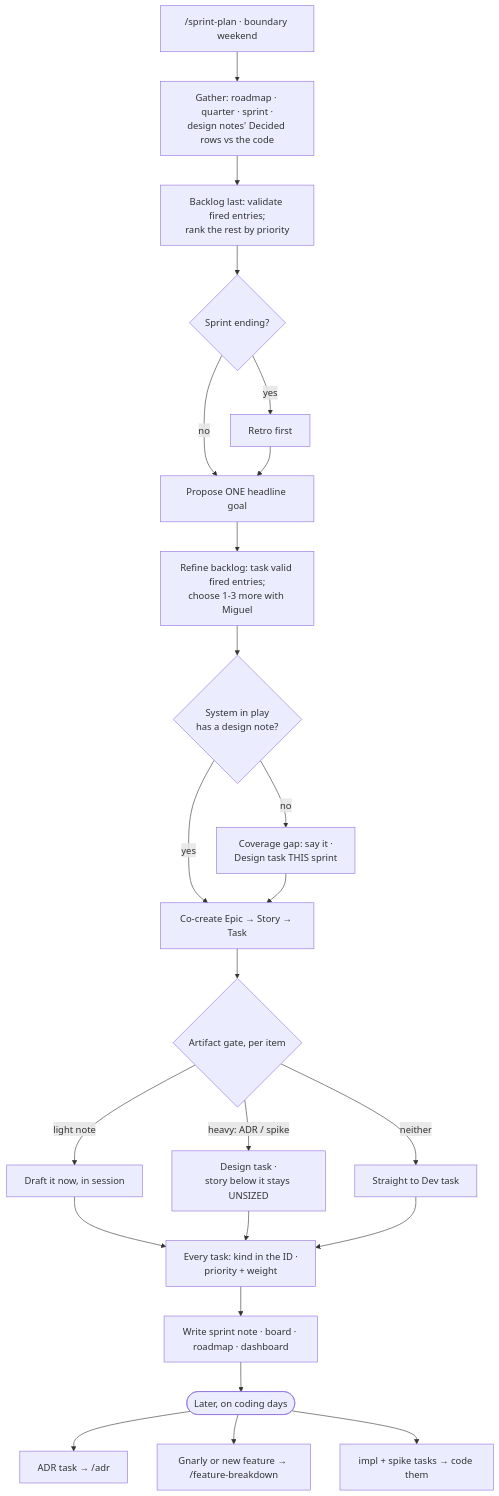
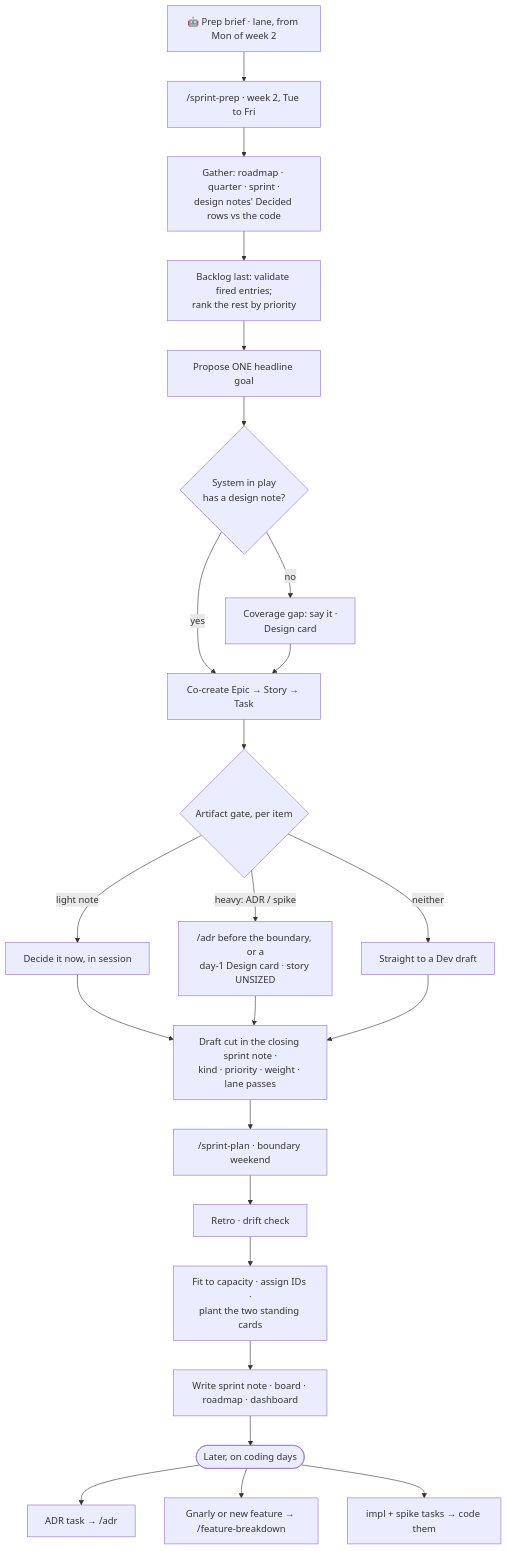
Before and after one commit to techattackteam/TechEngine-vault: the diagram in 06 Sprints/Planning Workflow - Artifact Gate.md, drawn with Mermaid. The commit also changed other lines of this file and 11 other files, not shown here.

````diff
--- a/06 Sprints/Planning Workflow - Artifact Gate.md
+++ b/06 Sprints/Planning Workflow - Artifact Gate.md
@@ -352,26 +404,26 @@
 ```mermaid
 flowchart TD
-    A["/sprint-plan · boundary weekend"] --> B["Gather: roadmap · quarter · sprint ·<br/>design notes' Decided rows vs the code"]
+    BR["🤖 Prep brief · lane, from Mon of week 2"] --> A
+    A["/sprint-prep · week 2, Tue to Fri"] --> B["Gather: roadmap · quarter · sprint ·<br/>design notes' Decided rows vs the code"]
     B --> B2["Backlog last: validate fired entries;<br/>rank the rest by priority"]
-    B2 --> C{"Sprint ending?"}
-    C -->|yes| D["Retro first"]
-    C -->|no| E["Propose ONE headline goal"]
-    D --> E
-    E --> E1["Refine backlog: task valid fired entries;<br/>choose 1-3 more with Miguel"]
-    E1 --> E2{"System in play<br/>has a design note?"}
-    E2 -->|no| E3["Coverage gap: say it ·<br/>Design task THIS sprint"]
+    B2 --> E["Propose ONE headline goal"]
+    E --> E2{"System in play<br/>has a design note?"}
+    E2 -->|no| E3["Coverage gap: say it ·<br/>Design card"]
     E2 -->|yes| F["Co-create Epic → Story → Task"]
     E3 --> F
     F --> G{"Artifact gate, per item"}
-    G -->|light note| H["Draft it now, in session"]
-    G -->|"heavy: ADR / spike"| I["Design task ·<br/>story below it stays UNSIZED"]
-    G -->|neither| J["Straight to Dev task"]
-    H --> K["Every task: kind in the ID ·<br/>priority + weight"]
+    G -->|light note| H["Decide it now, in session"]
+    G -->|"heavy: ADR / spike"| I["/adr before the boundary, or a<br/>day-1 Design card · story UNSIZED"]
+    G -->|neither| J["Straight to a Dev draft"]
+    H --> K["Draft cut in the closing sprint note ·<br/>kind · priority · weight · lane passes"]
     I --> K
     J --> K
-    K --> L["Write sprint note · board · roadmap · dashboard"]
+    K --> SP["/sprint-plan · boundary weekend"]
+    SP --> D["Retro · drift check"]
+    D --> FIT["Fit to capacity · assign IDs ·<br/>plant the two standing cards"]
+    FIT --> L["Write sprint note · board · roadmap · dashboard"]
     L --> M(["Later, on coding days"])
     M --> N["ADR task → /adr"]
     M --> O["Gnarly or new feature → /feature-breakdown"]
     M --> P["impl + spike tasks → code them"]
 ```
````
